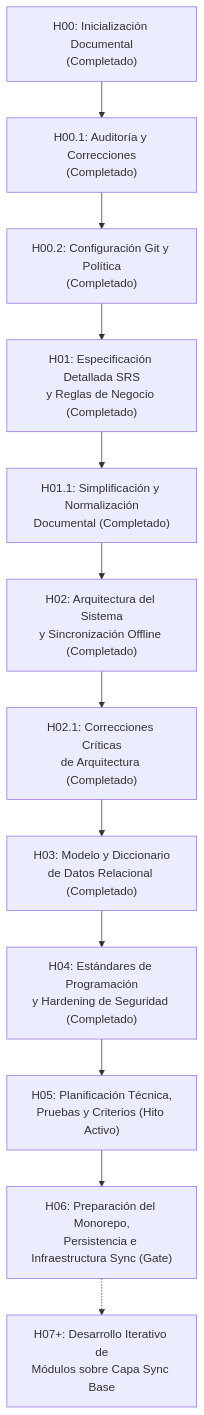
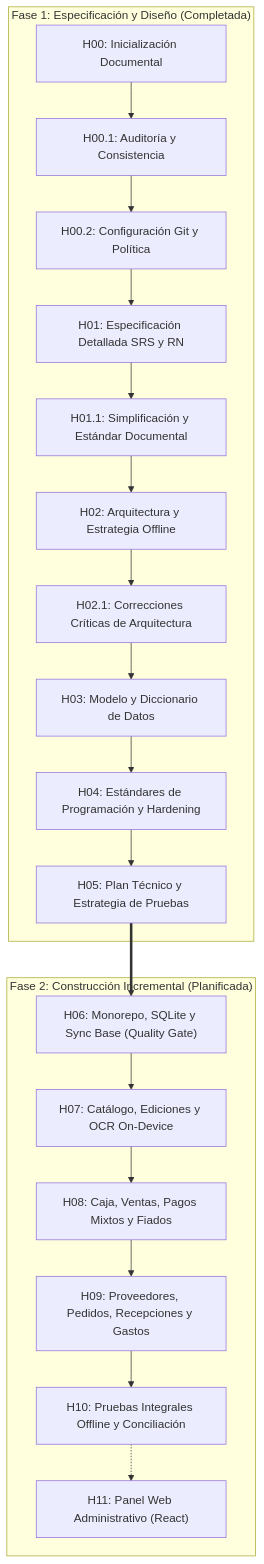
Before and after one commit to JMedina255/Proyecto_tienda: the diagram in docs/05-planificacion/PLAN_DESARROLLO.md, drawn with Mermaid. The commit also changed other lines of this file and 9 other files, not shown here.

Commit message:
docs(h05): plan tecnico y estrategia de pruebas

````diff
--- a/docs/05-planificacion/PLAN_DESARROLLO.md
+++ b/docs/05-planificacion/PLAN_DESARROLLO.md
@@ -16,14 +17,23 @@
 ```mermaid
 flowchart TD
-    H00["H00: Inicialización Documental\n(Completado)"] --> H00_1["H00.1: Auditoría y Correcciones\n(Completado)"]
-    H00_1 --> H00_2["H00.2: Configuración Git y Política\n(Completado)"]
-    H00_2 --> H01["H01: Especificación Detallada SRS\ny Reglas de Negocio (Completado)"]
-    H01 --> H01_1["H01.1: Simplificación y Normalización\nDocumental (Completado)"]
-    H01_1 --> H02["H02: Arquitectura del Sistema\ny Sincronización Offline (Completado)"]
-    H02 --> H02_1["H02.1: Correcciones Críticas\nde Arquitectura (Completado)"]
-    H02_1 --> H03["H03: Modelo y Diccionario\nde Datos Relacional (Completado)"]
-    H03 --> H04["H04: Estándares de Programación\ny Hardening de Seguridad (Completado)"]
-    H04 --> H05["H05: Planificación Técnica,\nPruebas y Criterios (Hito Activo)"]
-    H05 --> H06["H06: Preparación del Monorepo,\nPersistencia e Infraestructura Sync (Gate)"]
-    H06 -.-> H07["H07+: Desarrollo Iterativo de\nMódulos sobre Capa Sync Base"]
+    subgraph Fase_Diseno["Fase 1: Especificación y Diseño (Completada)"]
+        H00["H00: Inicialización Documental"] --> H00_1["H00.1: Auditoría y Consistencia"]
+        H00_1 --> H00_2["H00.2: Configuración Git y Política"]
+        H00_2 --> H01["H01: Especificación Detallada SRS y RN"]
+        H01 --> H01_1["H01.1: Simplificación y Estándar Documental"]
+        H01_1 --> H02["H02: Arquitectura y Estrategia Offline"]
+        H02 --> H02_1["H02.1: Correcciones Críticas de Arquitectura"]
+        H02_1 --> H03["H03: Modelo y Diccionario de Datos"]
+        H03 --> H04["H04: Estándares de Programación y Hardening"]
+        H04 --> H05["H05: Plan Técnico y Estrategia de Pruebas"]
+    end
+
+    subgraph Fase_Construccion["Fase 2: Construcción Incremental (Planificada)"]
+        H05 ==> H06["H06: Monorepo, SQLite y Sync Base (Quality Gate)"]
+        H06 --> H07["H07: Catálogo, Ediciones y OCR On-Device"]
+        H07 --> H08["H08: Caja, Ventas, Pagos Mixtos y Fiados"]
+        H08 --> H09["H09: Proveedores, Pedidos, Recepciones y Gastos"]
+        H09 --> H10["H10: Pruebas Integrales Offline y Conciliación"]
+        H10 -.-> H11["H11: Panel Web Administrativo (React)"]
+    end
 ```
````
